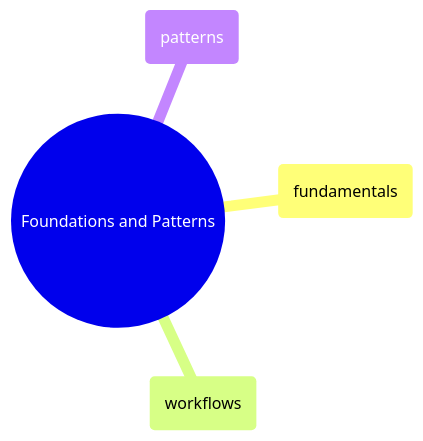
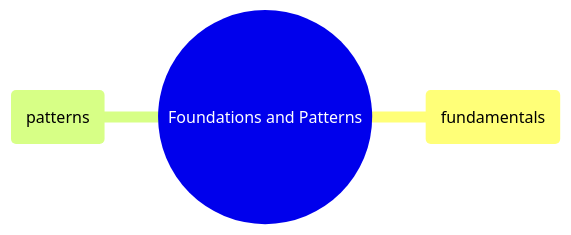
One commit to alp78/elysium changed the diagram in content/10-GitHub-Actions/Domains/domain-foundations-and-patterns.md. Above: the diagram before and after it, drawn with Mermaid. The commit also changed other lines of this file and 249 other files, not shown here.

````diff
--- a/content/10-GitHub-Actions/Domains/domain-foundations-and-patterns.md
+++ b/content/10-GitHub-Actions/Domains/domain-foundations-and-patterns.md
@@ -12,7 +12,6 @@
 ```mermaid
 mindmap
   ((Foundations and Patterns))
     (fundamentals)
-    (workflows)
     (patterns)
 ```
````
